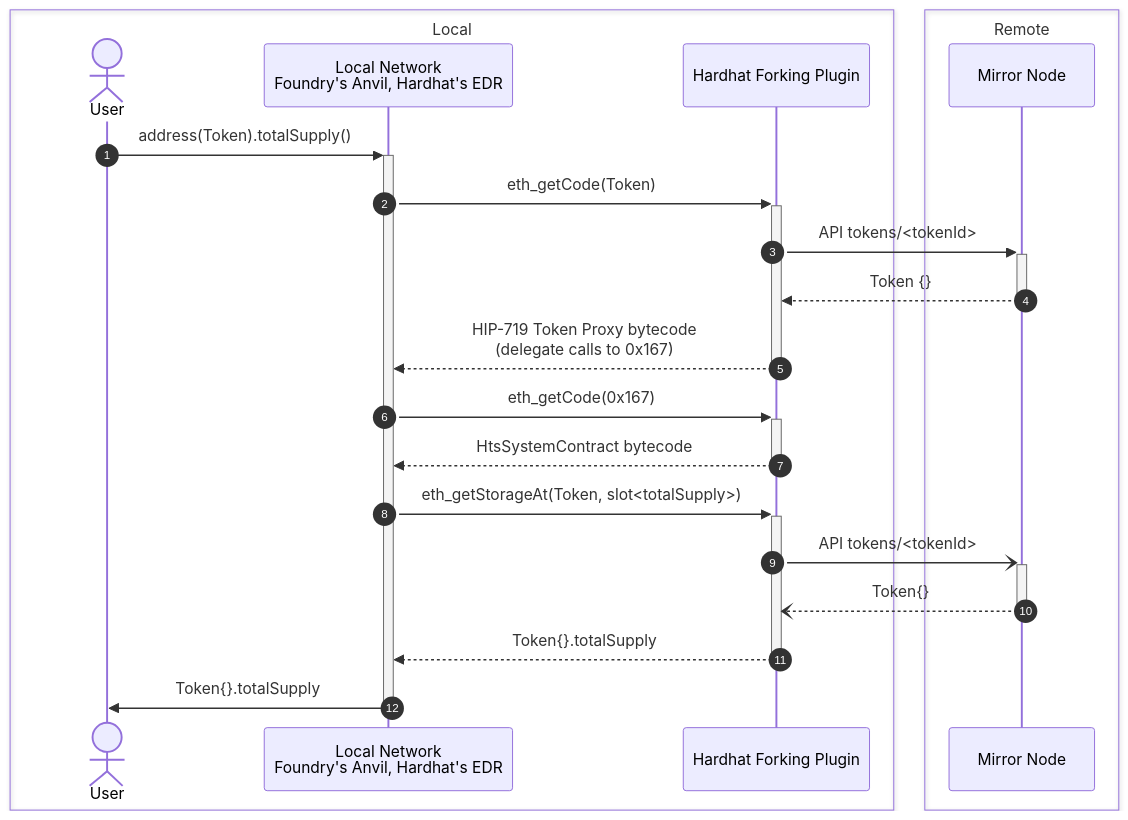
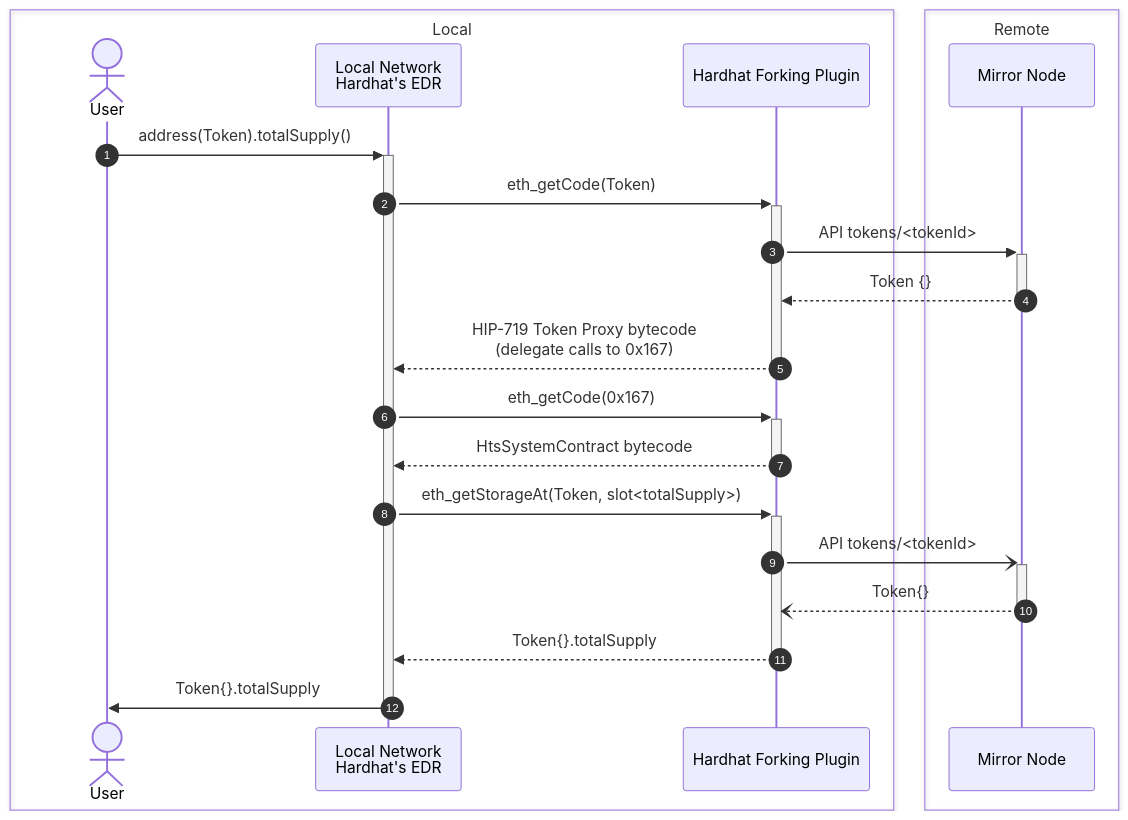
One commit to hashgraph/hedera-forking changed the second of 2 diagrams in INTERNALS.md. Above: the diagram before and after it, drawn with Mermaid. The commit also changed other lines of this file, not shown here.

````diff
--- a/INTERNALS.md
+++ b/INTERNALS.md
@@ -285,31 +287,31 @@
 ```mermaid
 sequenceDiagram
     autonumber
     box Local
     actor user as User
-    participant client as Local Network<br/>Foundry's Anvil, Hardhat's EDR
+    participant client as Local Network<br/>Hardhat's EDR
     participant hedera-forking as Hardhat Forking Plugin
     end
     box Remote
     #participant relay as JSON-RPC Relay
     participant mirror as Mirror Node
     end
 
     user->>+client: address(Token).totalSupply()
     client->>+hedera-forking: eth_getCode(Token)
     hedera-forking->>+mirror: API tokens/<tokenId>
     mirror-->>-hedera-forking: Token {}
     hedera-forking-->>-client: HIP-719 Token Proxy bytecode<br/>(delegate calls to 0x167)
 
     client->> + hedera-forking: eth_getCode(0x167)
     hedera-forking-->>-client: HtsSystemContract bytecode
 
     client->>+hedera-forking: eth_getStorageAt(Token, slot<totalSupply>)
     #relay ->> + hedera-forking: getHtsStorageAt(Token, slot)
     hedera-forking -) + mirror: API tokens/<tokenId>
     mirror --) - hedera-forking: Token{}
     #hedera-forking -->> - relay: Token{}.totalSupply
     hedera-forking-->>-client: Token{}.totalSupply
 
     client->>-user: Token{}.totalSupply
 ```
````
